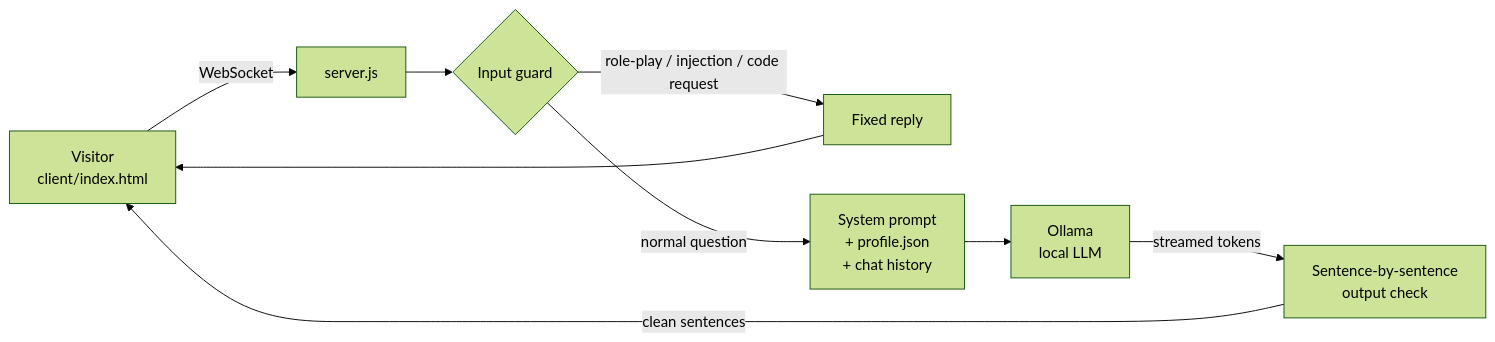
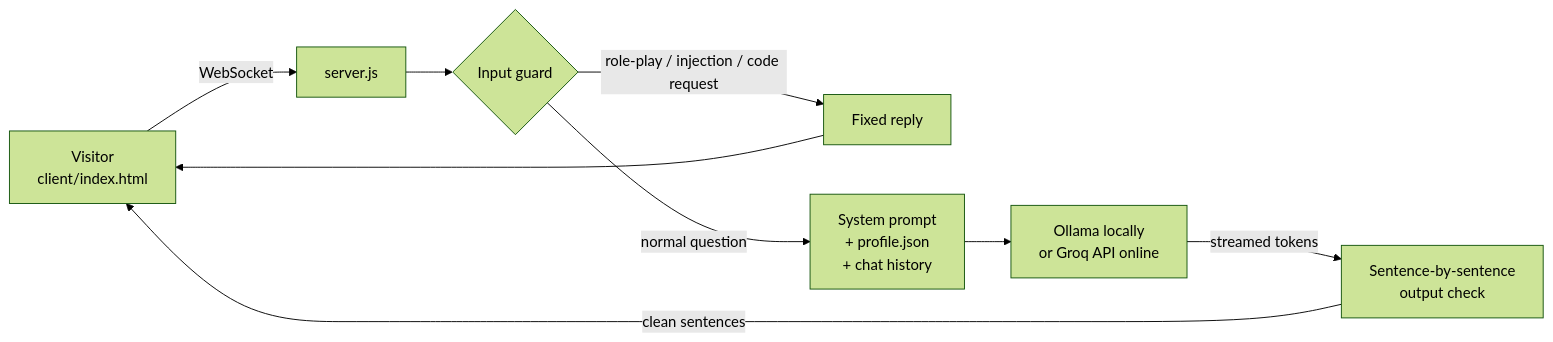
Before and after one commit to aliassem2812/ai-chat: the diagram in README.md, drawn with Mermaid (forest theme). The commit also changed other lines of this file and 7 other files, not shown here.

First line of the commit message:
Hosting: Groq API online, Ollama locally

````diff
--- a/README.md
+++ b/README.md
@@ -18,11 +18,11 @@
 ```mermaid
 flowchart LR
     V[Visitor<br/>client/index.html] -- WebSocket --> S[server.js]
     S --> G{Input guard}
     G -- role-play / injection / code request --> F[Fixed reply]
     G -- normal question --> P[System prompt<br/>+ profile.json<br/>+ chat history]
-    P --> O[Ollama<br/>local LLM]
+    P --> O[Ollama locally<br/>or Groq API online]
     O -- streamed tokens --> C[Sentence-by-sentence<br/>output check]
     C -- clean sentences --> V
     F --> V
 ```
````
